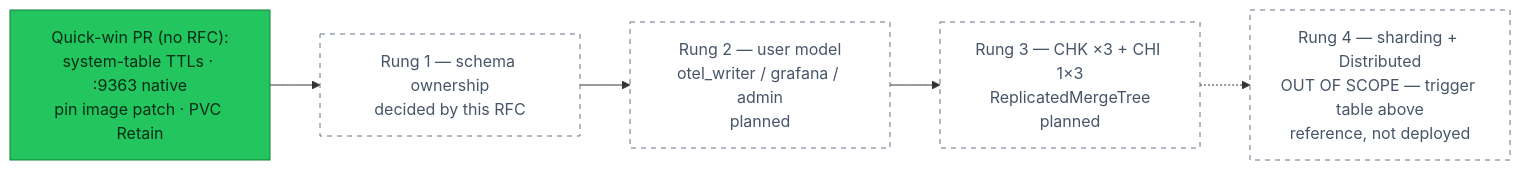
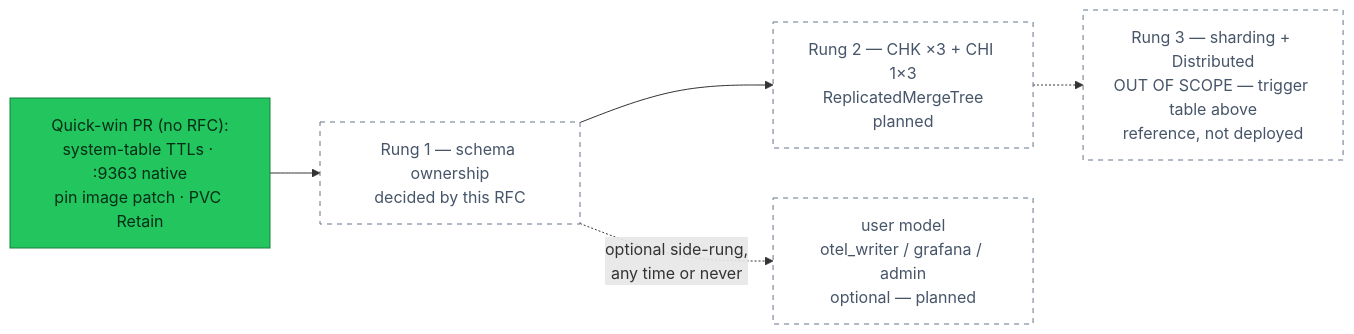
One commit to duynhlab/homelab changed the third of 3 diagrams in docs/proposals/rfc/RFC-0028/research.md. Above: the diagram before and after it, drawn with Mermaid. The commit also changed other lines of this file and 2 other files, not shown here.

First line of the commit message:
Demote the user model to an optional side-rung

````diff
--- a/docs/proposals/rfc/RFC-0028/research.md
+++ b/docs/proposals/rfc/RFC-0028/research.md
@@ -284,9 +286,9 @@
 ```mermaid
 flowchart LR
   QW["Quick-win PR (no RFC):<br/>system-table TTLs · :9363 native<br/>pin image patch · PVC Retain"]:::data --> A
-  A["Rung 1 — schema ownership<br/>decided by this RFC"]:::planned --> B["Rung 2 — user model<br/>otel_writer / grafana / admin<br/>planned"]:::planned
-  B --> C["Rung 3 — CHK ×3 + CHI 1×3<br/>ReplicatedMergeTree<br/>planned"]:::planned
-  C -.-> D["Rung 4 — sharding + Distributed<br/>OUT OF SCOPE — trigger table above<br/>reference, not deployed"]:::planned
+  A["Rung 1 — schema ownership<br/>decided by this RFC"]:::planned --> C["Rung 2 — CHK ×3 + CHI 1×3<br/>ReplicatedMergeTree<br/>planned"]:::planned
+  A -.->|"optional side-rung,<br/>any time or never"| B["user model<br/>otel_writer / grafana / admin<br/>optional — planned"]:::planned
+  C -.-> D["Rung 3 — sharding + Distributed<br/>OUT OF SCOPE — trigger table above<br/>reference, not deployed"]:::planned
   classDef data fill:#22c55e,color:#052e16,stroke:#15803d;
   classDef planned fill:#fff,color:#475569,stroke:#64748b,stroke-dasharray:5 5;
 ```
````
